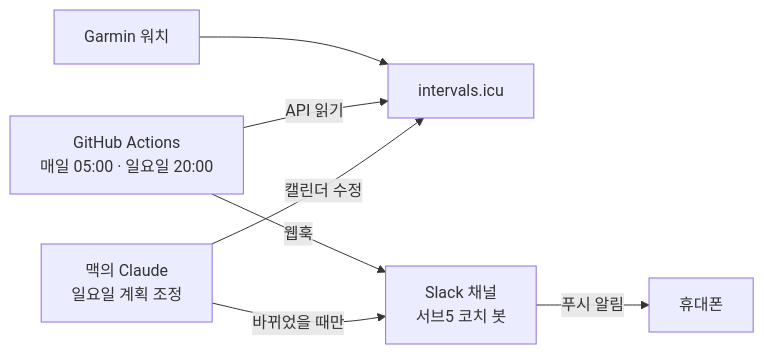
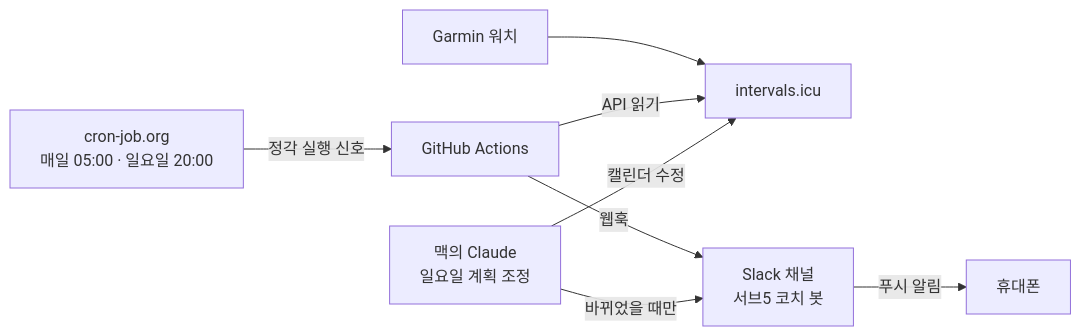
Before and after one commit to Aasalia0925/sub5-marathon-coach: the first of 2 diagrams in SLACK_BOT.md, drawn with Mermaid. The commit also changed other lines of this file and 3 other files, not shown here.

First line of the commit message:
cron-job.org로 알림을 정각에 실행하는 방법 추가

````diff
--- a/SLACK_BOT.md
+++ b/SLACK_BOT.md
@@ -5,9 +5,10 @@
 ```mermaid
 flowchart LR
     G[Garmin 워치] --> I[intervals.icu]
-    GA[GitHub Actions<br/>매일 05:00 · 일요일 20:00] -- API 읽기 --> I
+    CJ[cron-job.org<br/>매일 05:00 · 일요일 20:00] -- 정각 실행 신호 --> GA[GitHub Actions]
+    GA -- API 읽기 --> I
     GA -- 웹훅 --> S[Slack 채널<br/>서브5 코치 봇]
     S -- 푸시 알림 --> P[휴대폰]
     M[맥의 Claude<br/>일요일 계획 조정] -- 캘린더 수정 --> I
     M -- 바뀌었을 때만 --> S
 ```
````
